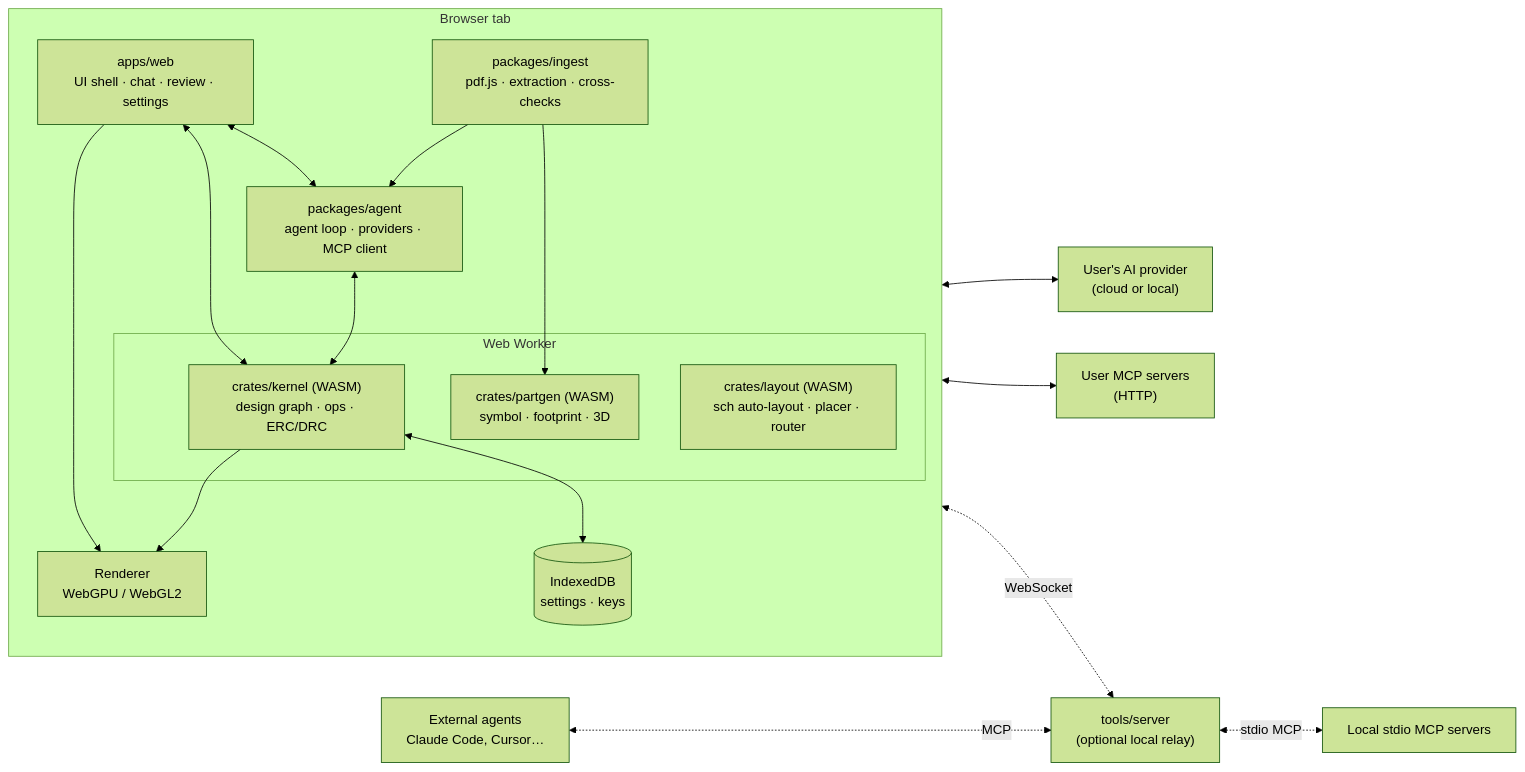
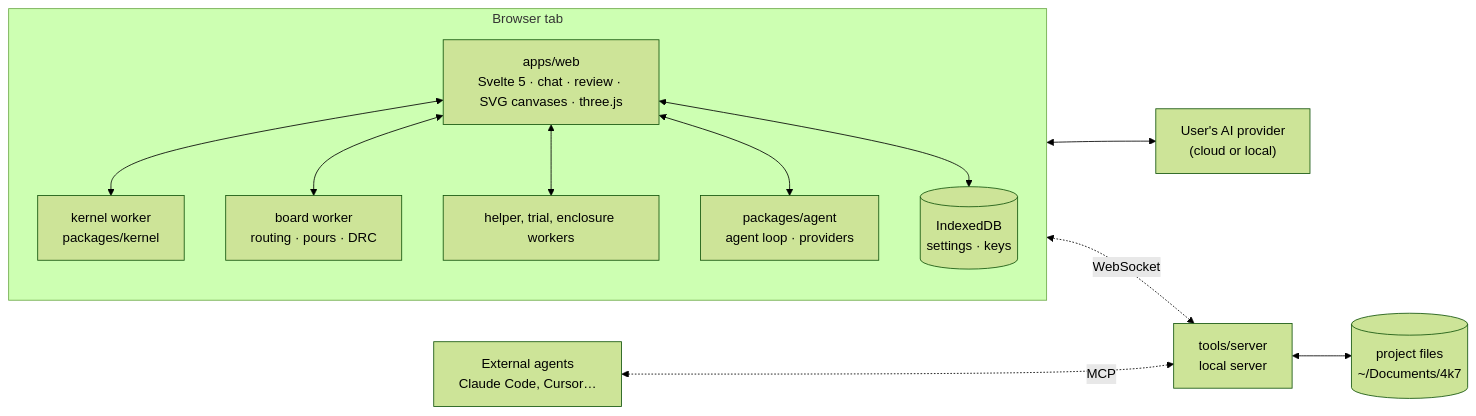
The first of 2 diagrams in docs/ARCHITECTURE.md (hoihu/4k7), drawn with Mermaid (forest theme) before and after one commit. The commit also changed other lines of this file and 5 other files, not shown here.

First line of the commit message:
Kernel: tests of what is remembered, and CI checks every hit

````diff
--- a/docs/ARCHITECTURE.md
+++ b/docs/ARCHITECTURE.md
@@ -154,34 +155,26 @@
 ```mermaid
 flowchart LR
   subgraph Browser["Browser tab"]
     direction TB
-    UI["apps/web<br/>UI shell · chat · review · settings"]
-    R["Renderer<br/>WebGPU / WebGL2"]
-    AG["packages/agent<br/>agent loop · providers · MCP client"]
-    ING["packages/ingest<br/>pdf.js · extraction · cross-checks"]
-    subgraph W["Web Worker"]
-      K["crates/kernel (WASM)<br/>design graph · ops · ERC/DRC"]
-      L["crates/layout (WASM)<br/>sch auto-layout · placer · router"]
-      PG["crates/partgen (WASM)<br/>symbol · footprint · 3D"]
-    end
+    UI["apps/web<br/>Svelte 5 · chat · review · SVG canvases · three.js"]
+    AG["packages/agent<br/>agent loop · providers"]
+    KW["kernel worker<br/>packages/kernel"]
+    BW["board worker<br/>routing · pours · DRC"]
+    OW["helper, trial, enclosure workers"]
     DB[("IndexedDB<br/>settings · keys")]
   end
   LLM["User's AI provider<br/>(cloud or local)"]
-  MCP["User MCP servers<br/>(HTTP)"]
-  BR["tools/server<br/>(optional local relay)"]
+  BR["tools/server<br/>local server"]
+  FS[("project files<br/>~/Documents/4k7")]
   EXT["External agents<br/>Claude Code, Cursor…"]
 
-  UI <--> K
-  UI --> R
-  K --> R
+  UI <--> KW
+  UI <--> BW
+  UI <--> OW
   UI <--> AG
-  AG <--> K
   AG <--> LLM
-  AG <--> MCP
-  ING --> AG
-  ING --> PG
-  K <--> DB
-  AG <-. WebSocket .-> BR
-  BR <-. stdio MCP .-> MCPL["Local stdio MCP servers"]
+  UI <--> DB
+  UI <-. WebSocket .-> BR
+  BR <--> FS
   EXT <-. MCP .-> BR
 ```
````
